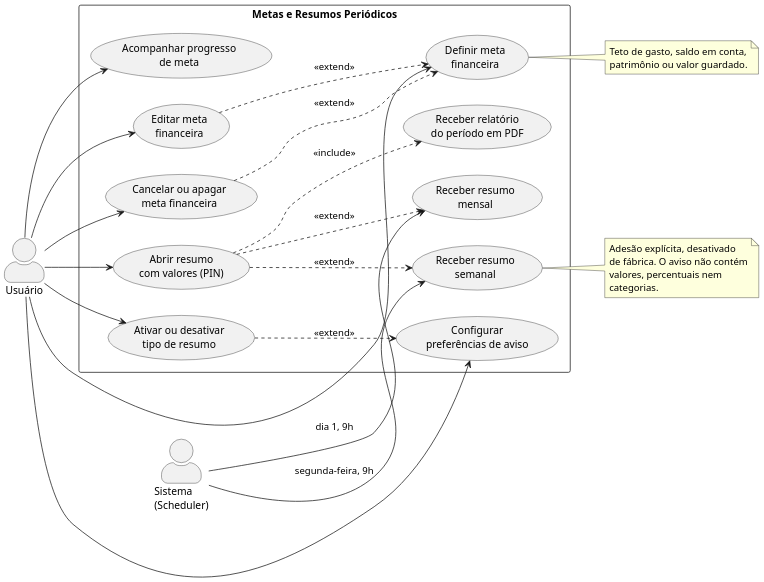
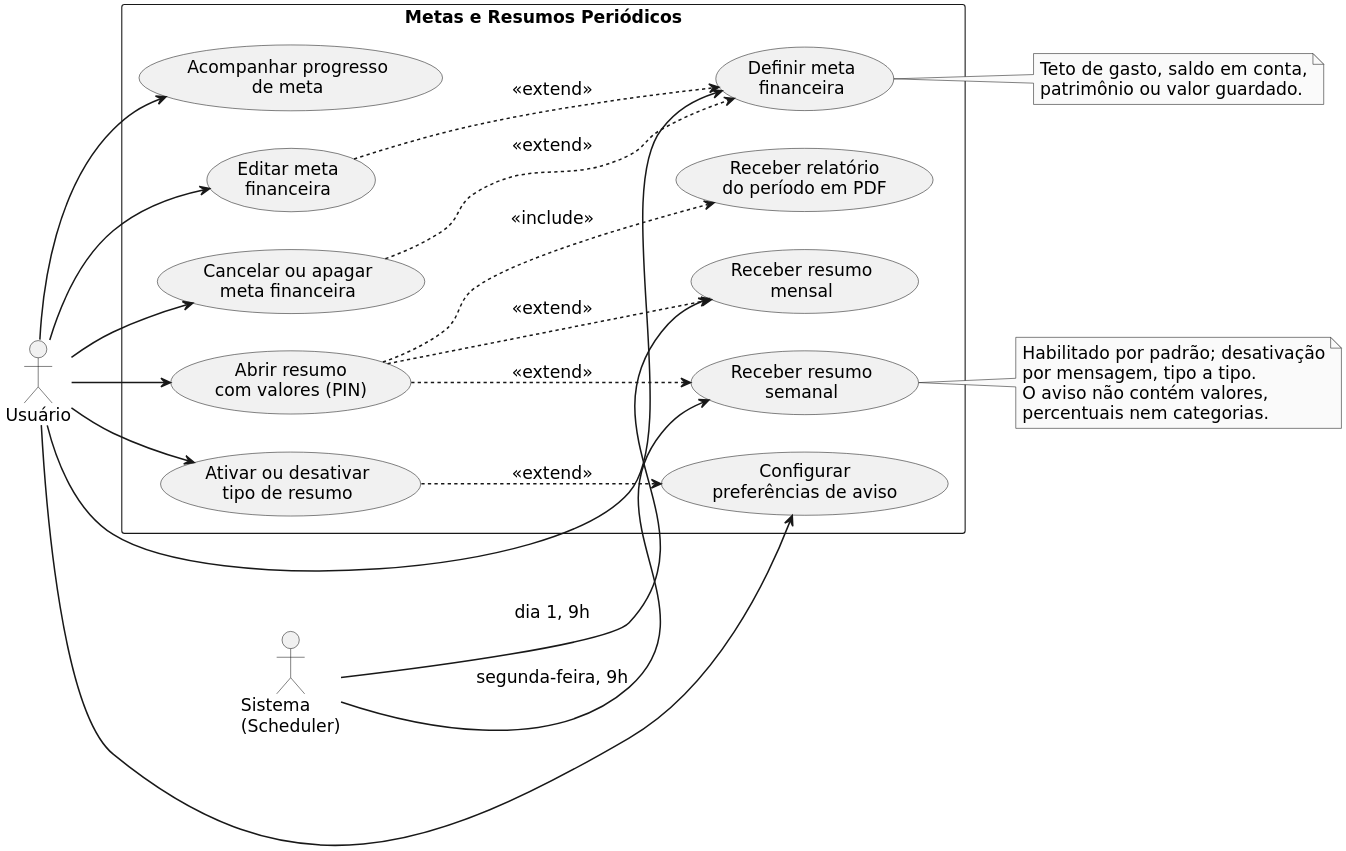
The diagram in puml/uc03_metas_resumos.puml (eigam-corp/thesis), drawn with PlantUML before and after one commit. The commit also changed 198 other files, not shown here.

```diff
--- a/puml/uc03_metas_resumos.puml
+++ b/puml/uc03_metas_resumos.puml
@@ -1,56 +1,58 @@
 @startuml UC03 - Metas Financeiras e Resumos Periodicos
 left to right direction
 skinparam packageStyle rectangle
-skinparam actorStyle awesome
-skinparam defaultFontName Arial
+skinparam monochrome true
+skinparam defaultFontName "DejaVu Sans"
 skinparam shadowing false
-skinparam dpi 150
+skinparam dpi 220
+skinparam defaultFontSize 16
+skinparam ArrowThickness 1.4
 
 actor "Usuário" as U
 actor "Sistema\n(Scheduler)" as SYS
 
 rectangle "Metas e Resumos Periódicos" {
     usecase "Definir meta\nfinanceira" as UC18
     usecase "Acompanhar progresso\nde meta" as UC19
     usecase "Editar meta\nfinanceira" as UC20
     usecase "Cancelar ou apagar\nmeta financeira" as UC21
     usecase "Receber resumo\nsemanal" as UC22
     usecase "Receber resumo\nmensal" as UC23
     usecase "Abrir resumo\ncom valores (PIN)" as UC24
     usecase "Receber relatório\ndo período em PDF" as UC25
     usecase "Configurar\npreferências de aviso" as UC26
     usecase "Ativar ou desativar\ntipo de resumo" as UC27
 }
 
 U --> UC18
 U --> UC19
 U --> UC20
 U --> UC21
 U --> UC24
 U --> UC26
 U --> UC27
 
 SYS --> UC22 : segunda-feira, 9h
 SYS --> UC23 : dia 1, 9h
 
 UC20 ..> UC18 : <<extend>>
 UC21 ..> UC18 : <<extend>>
 
 UC24 ..> UC22 : <<extend>>
 UC24 ..> UC23 : <<extend>>
 UC24 ..> UC25 : <<include>>
 
 UC27 ..> UC26 : <<extend>>
 
 note right of UC22
-  Adesão explícita, desativado
-  de fábrica. O aviso não contém
-  valores, percentuais nem
-  categorias.
+  Habilitado por padrão; desativação
+  por mensagem, tipo a tipo.
+  O aviso não contém valores,
+  percentuais nem categorias.
 end note
 
 note right of UC18
   Teto de gasto, saldo em conta,
   patrimônio ou valor guardado.
 end note
 @enduml
```
